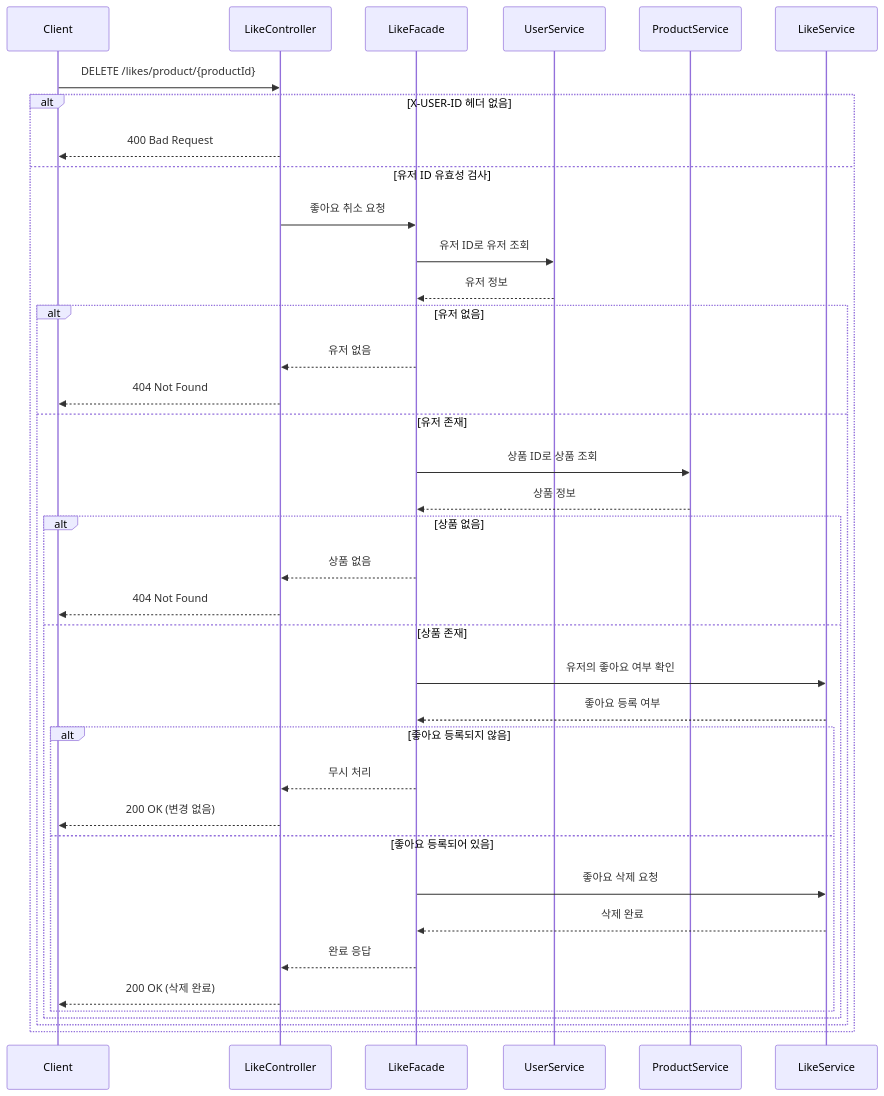
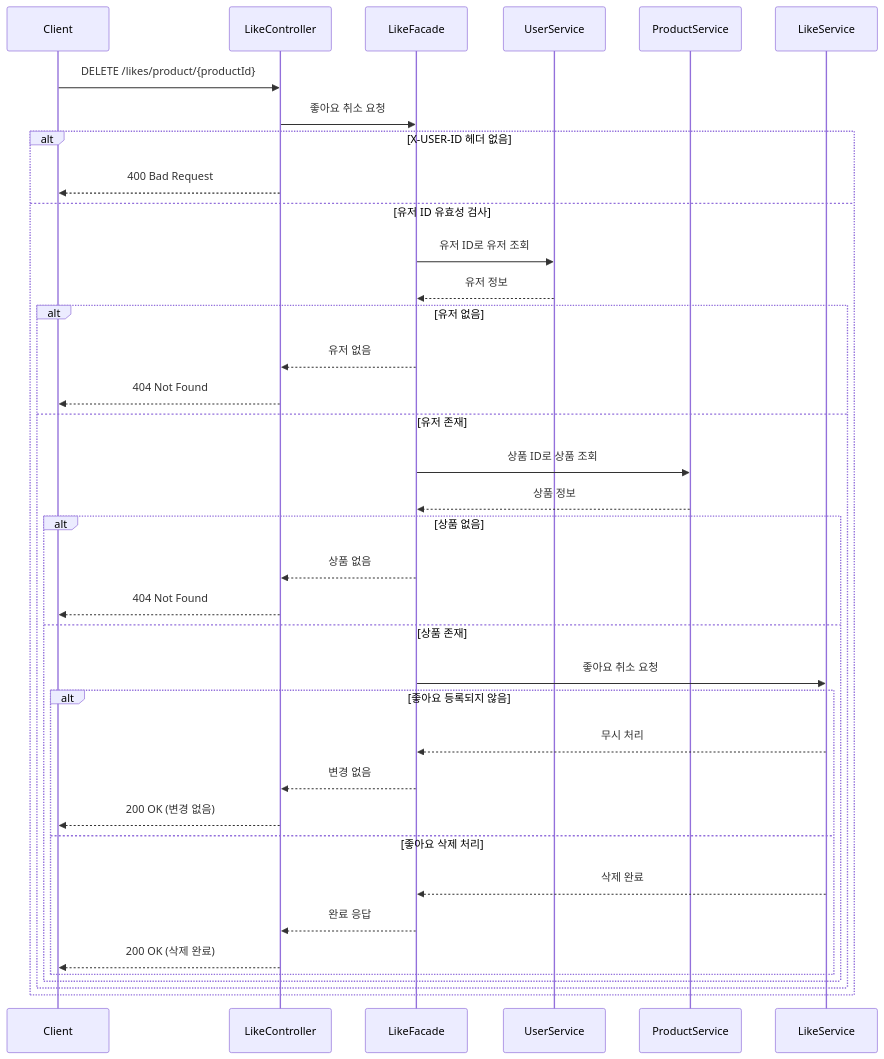
Before and after one commit to HYEONMIN94/loopers-spring-kotlin-template: the ninth of 15 diagrams in docs/design/02-sequence-diagrams.md, drawn with Mermaid. The commit also changed other lines of this file, not shown here.

````diff
--- a/docs/design/02-sequence-diagrams.md
+++ b/docs/design/02-sequence-diagrams.md
@@ -309,45 +308,44 @@
 ```mermaid
 sequenceDiagram
     participant Client
     participant LikeController
     participant LikeFacade
     participant UserService
     participant ProductService
     participant LikeService
 
     Client->>LikeController: DELETE /likes/product/{productId}
+    LikeController->>LikeFacade: 좋아요 취소 요청
 
     alt X-USER-ID 헤더 없음
         LikeController-->>Client: 400 Bad Request
     else 유저 ID 유효성 검사
-        LikeController->>LikeFacade: 좋아요 취소 요청
         LikeFacade->>UserService: 유저 ID로 유저 조회
         UserService-->>LikeFacade: 유저 정보
 
         alt 유저 없음
             LikeFacade-->>LikeController: 유저 없음
             LikeController-->>Client: 404 Not Found
         else 유저 존재
             LikeFacade->>ProductService: 상품 ID로 상품 조회
             ProductService-->>LikeFacade: 상품 정보
 
             alt 상품 없음
                 LikeFacade-->>LikeController: 상품 없음
                 LikeController-->>Client: 404 Not Found
             else 상품 존재
-                LikeFacade->>LikeService: 유저의 좋아요 여부 확인
-                LikeService-->>LikeFacade: 좋아요 등록 여부
+                LikeFacade->>LikeService: 좋아요 취소 요청
 
                 alt 좋아요 등록되지 않음
-                    LikeFacade-->>LikeController: 무시 처리
+                    LikeService-->>LikeFacade: 무시 처리
+                    LikeFacade-->>LikeController: 변경 없음
                     LikeController-->>Client: 200 OK (변경 없음)
-                else 좋아요 등록되어 있음
-                    LikeFacade->>LikeService: 좋아요 삭제 요청
+                else 좋아요 삭제 처리
                     LikeService-->>LikeFacade: 삭제 완료
                     LikeFacade-->>LikeController: 완료 응답
                     LikeController-->>Client: 200 OK (삭제 완료)
                 end
             end
         end
     end
 ```
````
